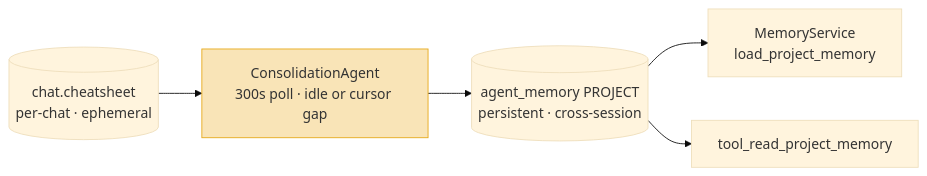
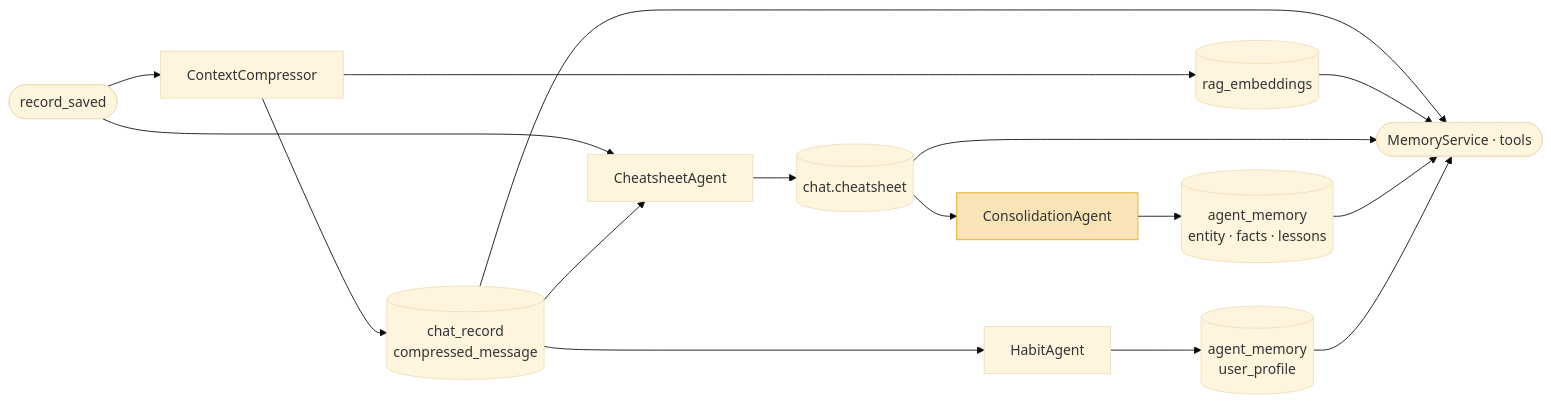
The first of 3 diagrams in consolidation-agent.md (wiedersehne/Ida-arch), drawn with Mermaid (base theme) before and after one commit. The commit also changed other lines of this file, not shown here.

````diff
--- a/consolidation-agent.md
+++ b/consolidation-agent.md
@@ -19,14 +19,28 @@
 ```mermaid
 flowchart LR
-    CS[("chat.cheatsheet\nper-chat · ephemeral")]
-    CONS["ConsolidationAgent\n300s poll · idle or cursor gap"]
-    AM[("agent_memory PROJECT\npersistent · cross-session")]
-    MS["MemoryService\nload_project_memory"]
-    TOOL["tool_read_project_memory"]
+    RS(["record_saved"])
 
-    CS --> CONS --> AM
-    AM --> MS
-    AM --> TOOL
+    CC["ContextCompressor"]
+    CSA["CheatsheetAgent"]
+    CONS["ConsolidationAgent"]
+    HA["HabitAgent"]
+
+    CR[("chat_record\ncompressed_message")]
+    RAG[("rag_embeddings")]
+    CS[("chat.cheatsheet")]
+    AM[("agent_memory\nentity · facts · lessons")]
+    UP[("agent_memory\nuser_profile")]
+
+    MS(["MemoryService · tools"])
+
+    RS --> CC & CSA
+    CC --> CR & RAG
+    CR --> CSA & HA
+    CSA --> CS
+    CS --> CONS
+    CONS --> AM
+    HA --> UP
+    CR & RAG & CS & AM & UP --> MS
 
     style CONS fill:#f9e4b7,stroke:#e6a817
 ```
````
